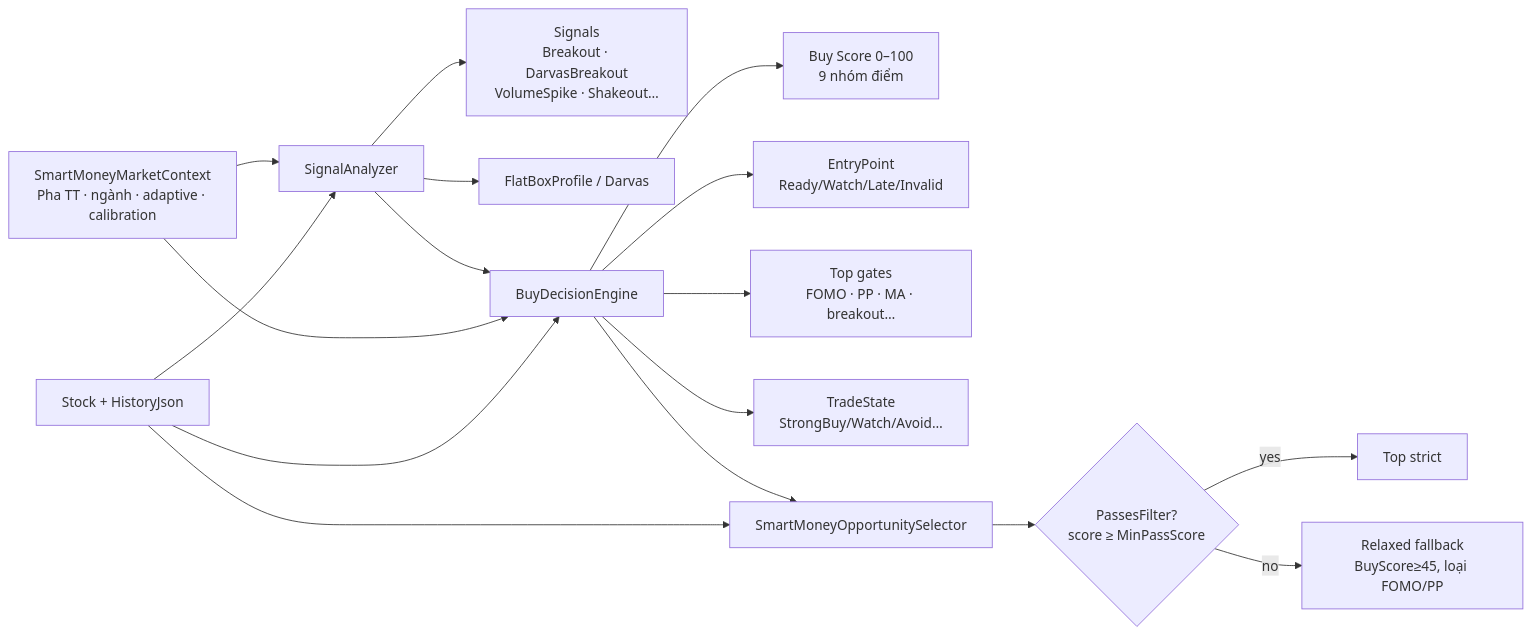
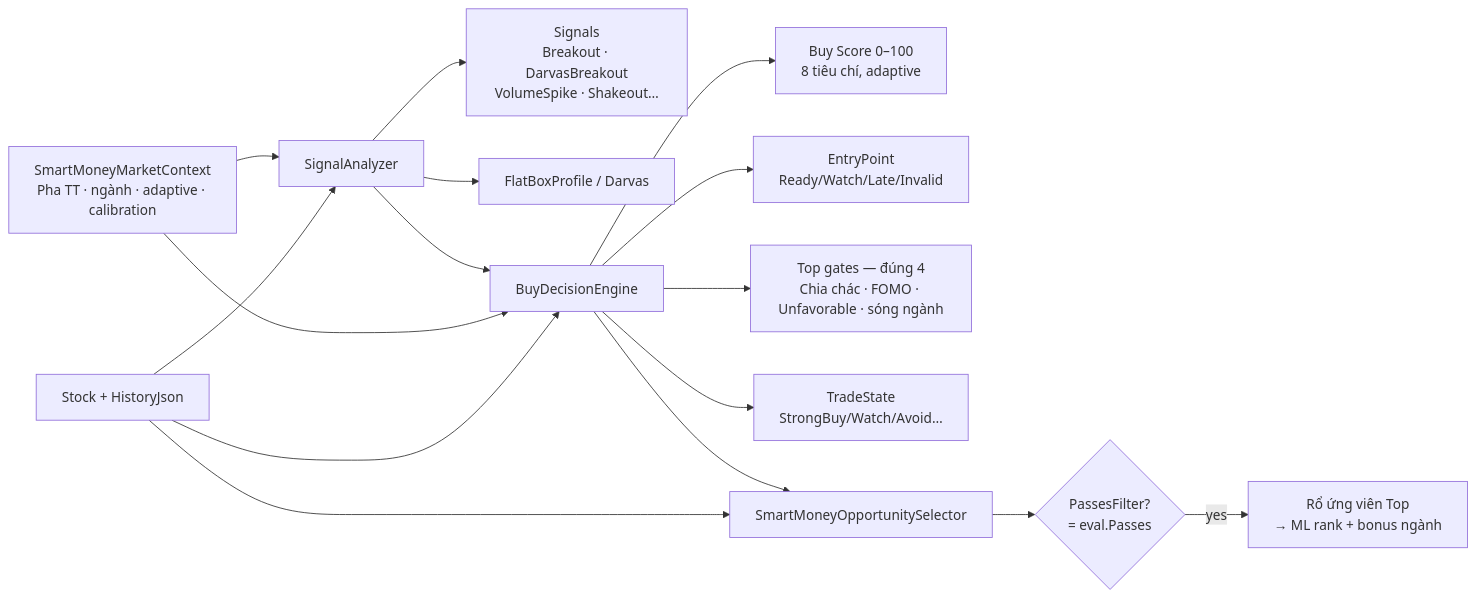
One commit to Benjamincntt/StockRadar changed the fourth of 8 diagrams in docs/architecture.md. Above: the diagram before and after it, drawn with Mermaid. The commit also changed other lines of this file and 19 other files, not shown here.

Commit message:
docs: cổng chia chác FireAnt + canon luồng V2 về pipeline-jobs.md (sự thật chuẩn duy nhất)

````diff
--- a/docs/architecture.md
+++ b/docs/architecture.md
@@ -180,25 +198,24 @@
 ```mermaid
 flowchart LR
     STOCK["Stock + HistoryJson"]
     CTX["SmartMoneyMarketContext\nPha TT · ngành · adaptive · calibration"]
 
     STOCK --> SA["SignalAnalyzer"]
     CTX --> SA
     SA --> SIG["Signals\nBreakout · DarvasBreakout\nVolumeSpike · Shakeout…"]
     SA --> FB["FlatBoxProfile / Darvas"]
 
     STOCK --> BDE["BuyDecisionEngine"]
     CTX --> BDE
     SA --> BDE
 
-    BDE --> SCORE["Buy Score 0–100\n9 nhóm điểm"]
+    BDE --> SCORE["Buy Score 0–100\n8 tiêu chí, adaptive"]
     BDE --> ENTRY["EntryPoint\nReady/Watch/Late/Invalid"]
-    BDE --> GATE["Top gates\nFOMO · PP · MA · breakout…"]
+    BDE --> GATE["Top gates — đúng 4\nChia chác · FOMO · Unfavorable · sóng ngành"]
     BDE --> TS["TradeState\nStrongBuy/Watch/Avoid…"]
 
     STOCK --> SMS["SmartMoneyOpportunitySelector"]
     BDE --> SMS
-    SMS --> PASS{"PassesFilter?\nscore ≥ MinPassScore"}
-    PASS -->|yes| STRICT["Top strict"]
-    PASS -->|no| RELAX["Relaxed fallback\nBuyScore≥45, loại FOMO/PP"]
+    SMS --> PASS{"PassesFilter?\n= eval.Passes"}
+    PASS -->|yes| STRICT["Rổ ứng viên Top\n→ ML rank + bonus ngành"]
 ```
````
